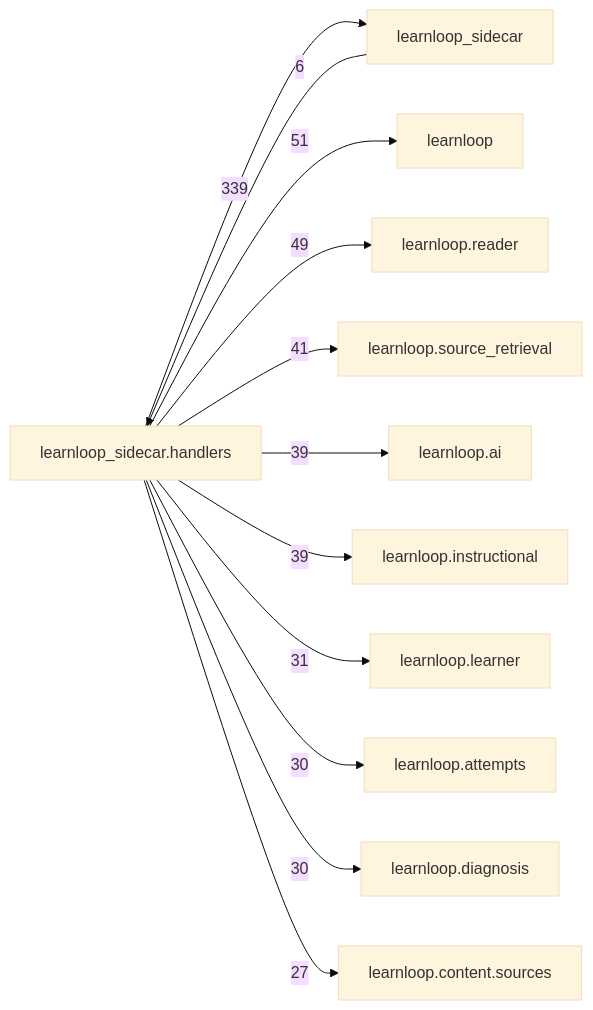
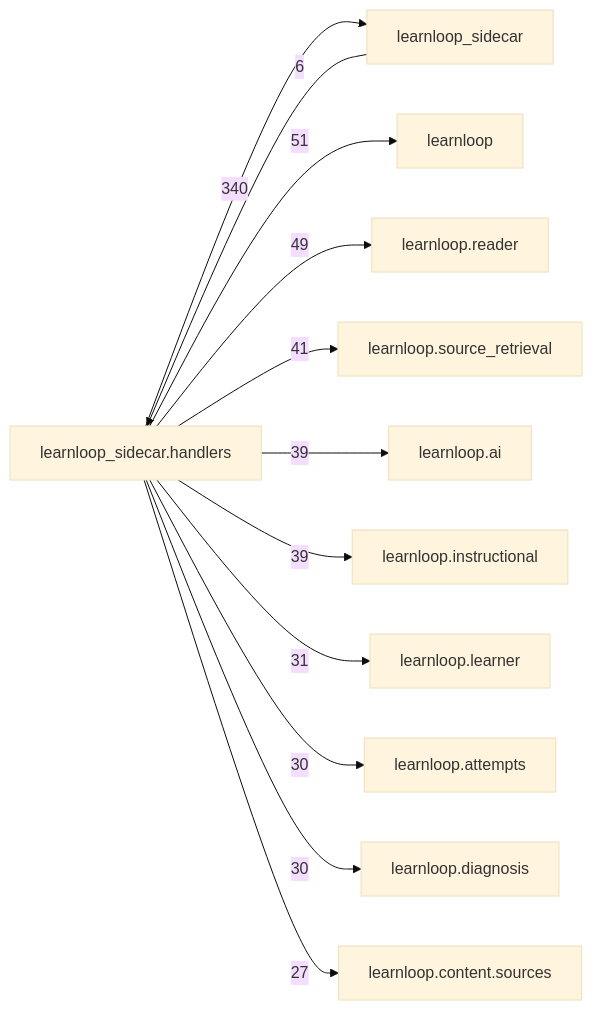
One commit to 6up-b/learnanything changed the diagram in docs/learnloop-architecture-vault/Reference/Modules/learnloop_sidecar/handlers/_package.md. Above: the diagram before and after it, drawn with Mermaid (base theme). The commit also changed other lines of this file and 24 other files, not shown here.

````diff
--- a/docs/learnloop-architecture-vault/Reference/Modules/learnloop_sidecar/handlers/_package.md
+++ b/docs/learnloop-architecture-vault/Reference/Modules/learnloop_sidecar/handlers/_package.md
@@ -269,25 +269,25 @@
 ```mermaid
 flowchart LR
     center["learnloop_sidecar.handlers"]
     n_learnloop_sidecar["learnloop_sidecar"]
     n_learnloop["learnloop"]
     n_learnloop_reader["learnloop.reader"]
     n_learnloop_source_retrieval["learnloop.source_retrieval"]
     n_learnloop_ai["learnloop.ai"]
     n_learnloop_instructional["learnloop.instructional"]
     n_learnloop_learner["learnloop.learner"]
     n_learnloop_attempts["learnloop.attempts"]
     n_learnloop_diagnosis["learnloop.diagnosis"]
     n_learnloop_content_sources["learnloop.content.sources"]
     n_learnloop_sidecar -->|6| center
-    center -->|339| n_learnloop_sidecar
+    center -->|340| n_learnloop_sidecar
     center -->|51| n_learnloop
     center -->|49| n_learnloop_reader
     center -->|41| n_learnloop_source_retrieval
     center -->|39| n_learnloop_ai
     center -->|39| n_learnloop_instructional
     center -->|31| n_learnloop_learner
     center -->|30| n_learnloop_attempts
     center -->|30| n_learnloop_diagnosis
     center -->|27| n_learnloop_content_sources
 ```
````
